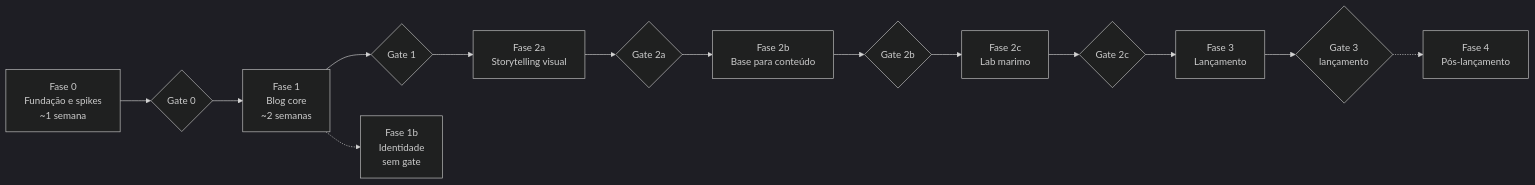
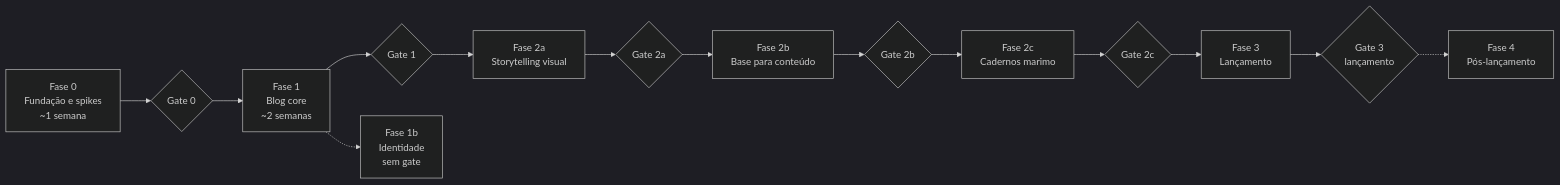
The first of 2 diagrams in specs/ROADMAP.md (Pedroknoll/blog_pedro-knoll), drawn with Mermaid (dark theme) before and after one commit. The commit also changed other lines of this file and 4 other files, not shown here.

````diff
--- a/specs/ROADMAP.md
+++ b/specs/ROADMAP.md
@@ -18,12 +18,12 @@
 ```mermaid
 flowchart LR
   F0["Fase 0<br/>Fundação e spikes<br/>~1 semana"] --> G0{"Gate 0"}
   G0 --> F1["Fase 1<br/>Blog core<br/>~2 semanas"] --> G1{"Gate 1"}
   G1 --> F2a["Fase 2a<br/>Storytelling visual"] --> G2a{"Gate 2a"}
   G2a --> F2b["Fase 2b<br/>Base para conteúdo"] --> G2b{"Gate 2b"}
-  G2b --> F2c["Fase 2c<br/>Lab marimo"] --> G2c{"Gate 2c"}
+  G2b --> F2c["Fase 2c<br/>Cadernos marimo"] --> G2c{"Gate 2c"}
   G2c --> F3["Fase 3<br/>Lançamento"] --> G3{"Gate 3<br/>lançamento"}
   G3 -.-> F4["Fase 4<br/>Pós-lançamento"]
   F1 -.-> F1b["Fase 1b<br/>Identidade<br/>sem gate"]
 
 ```
````
